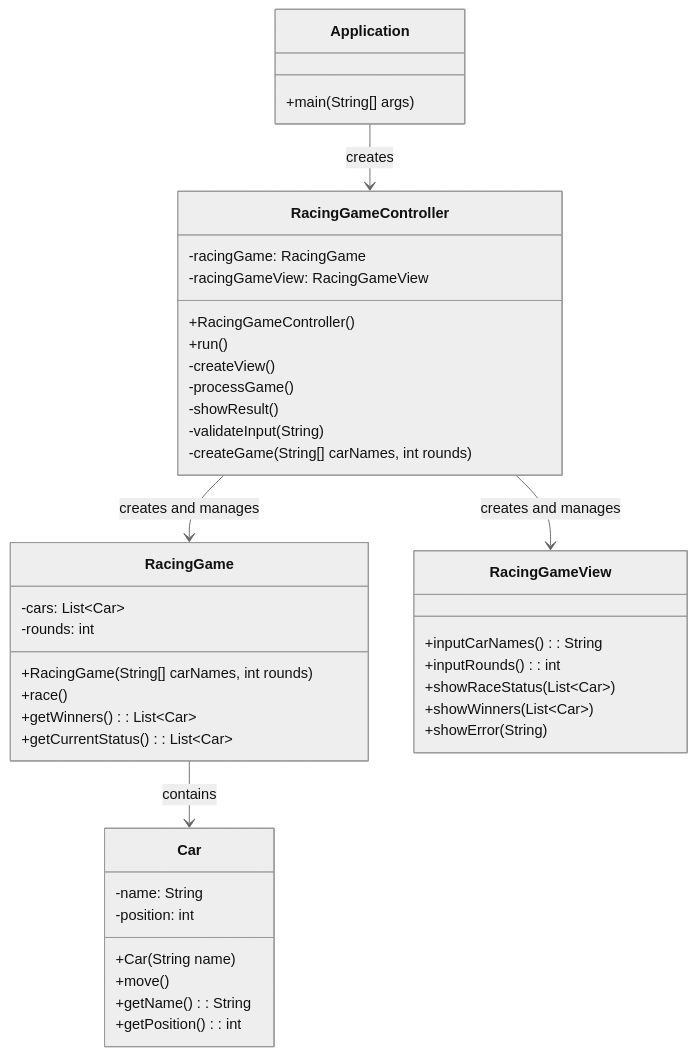
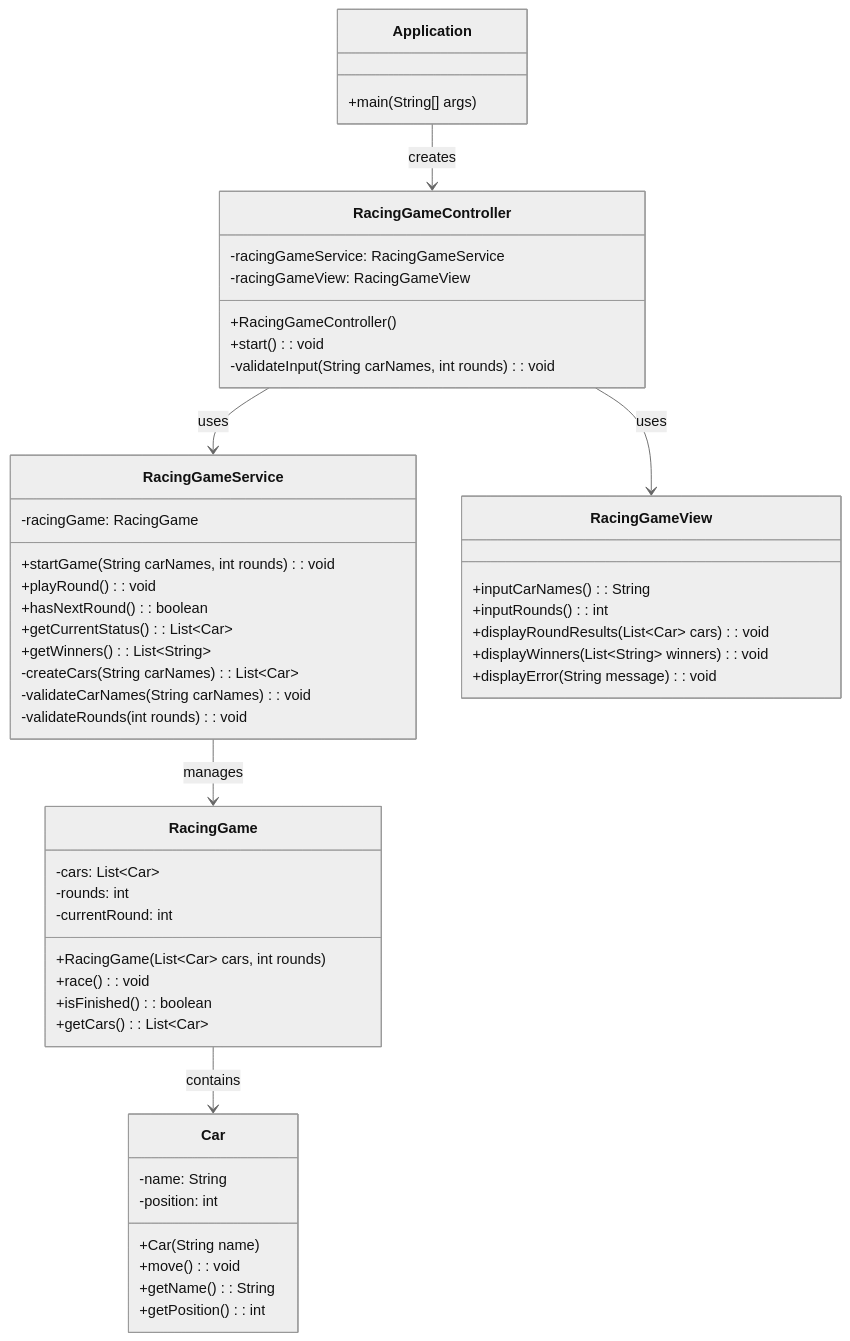
The diagram in README.md (woowacourse-precourse/java-racingcar-7), drawn with Mermaid (neutral theme) before and after one commit.

Commit message:
docs(readme): 클래스 구조 mvc 패턴에서 service레이어 추가

````diff
--- a/README.md
+++ b/README.md
@@ -100,49 +100,59 @@
 ```mermaid
 classDiagram
     class Application {
         +main(String[] args)
     }
 
     class RacingGameController {
-        -racingGame: RacingGame
+        -racingGameService: RacingGameService
         -racingGameView: RacingGameView
         +RacingGameController()
-        +run()
-        -createView()
-        -processGame()
-        -showResult()
-        -validateInput(String)
-        -createGame(String[] carNames, int rounds)
+        +start(): void
+        -validateInput(String carNames, int rounds): void
+    }
+
+    class RacingGameService {
+        -racingGame: RacingGame
+        +startGame(String carNames, int rounds): void
+        +playRound(): void
+        +hasNextRound(): boolean
+        +getCurrentStatus(): List~Car~
+        +getWinners(): List~String~
+        -createCars(String carNames): List~Car~
+        -validateCarNames(String carNames): void
+        -validateRounds(int rounds): void
     }
 
     class RacingGame {
         -cars: List~Car~
         -rounds: int
-        +RacingGame(String[] carNames, int rounds)
-        +race()
-        +getWinners(): List~Car~
-        +getCurrentStatus(): List~Car~
+        -currentRound: int
+        +RacingGame(List~Car~ cars, int rounds)
+        +race(): void
+        +isFinished(): boolean
+        +getCars(): List~Car~
     }
 
     class Car {
         -name: String
         -position: int
         +Car(String name)
-        +move()
+        +move(): void
         +getName(): String
         +getPosition(): int
     }
 
     class RacingGameView {
         +inputCarNames(): String
         +inputRounds(): int
-        +showRaceStatus(List~Car~)
-        +showWinners(List~Car~)
-        +showError(String)
+        +displayRoundResults(List~Car~ cars): void
+        +displayWinners(List~String~ winners): void
+        +displayError(String message): void
     }
 
     Application --> RacingGameController : creates
-    RacingGameController --> RacingGameView : creates and manages
-    RacingGameController --> RacingGame : creates and manages
+    RacingGameController --> RacingGameView : uses
+    RacingGameController --> RacingGameService : uses
+    RacingGameService --> RacingGame : manages
     RacingGame --> Car : contains
 ```
````
